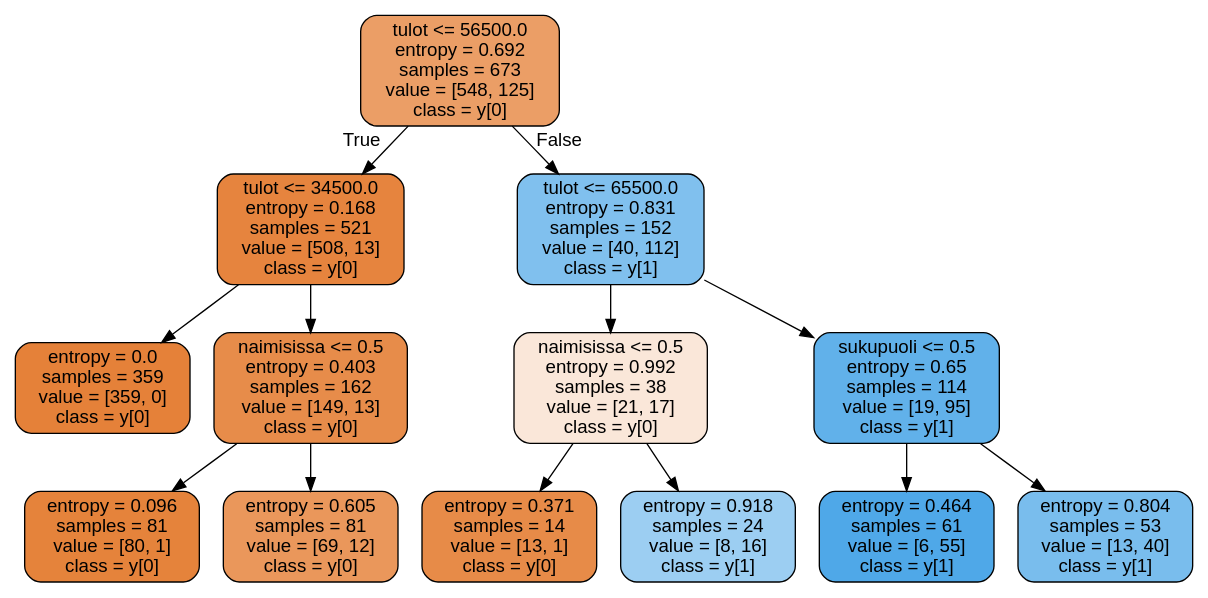
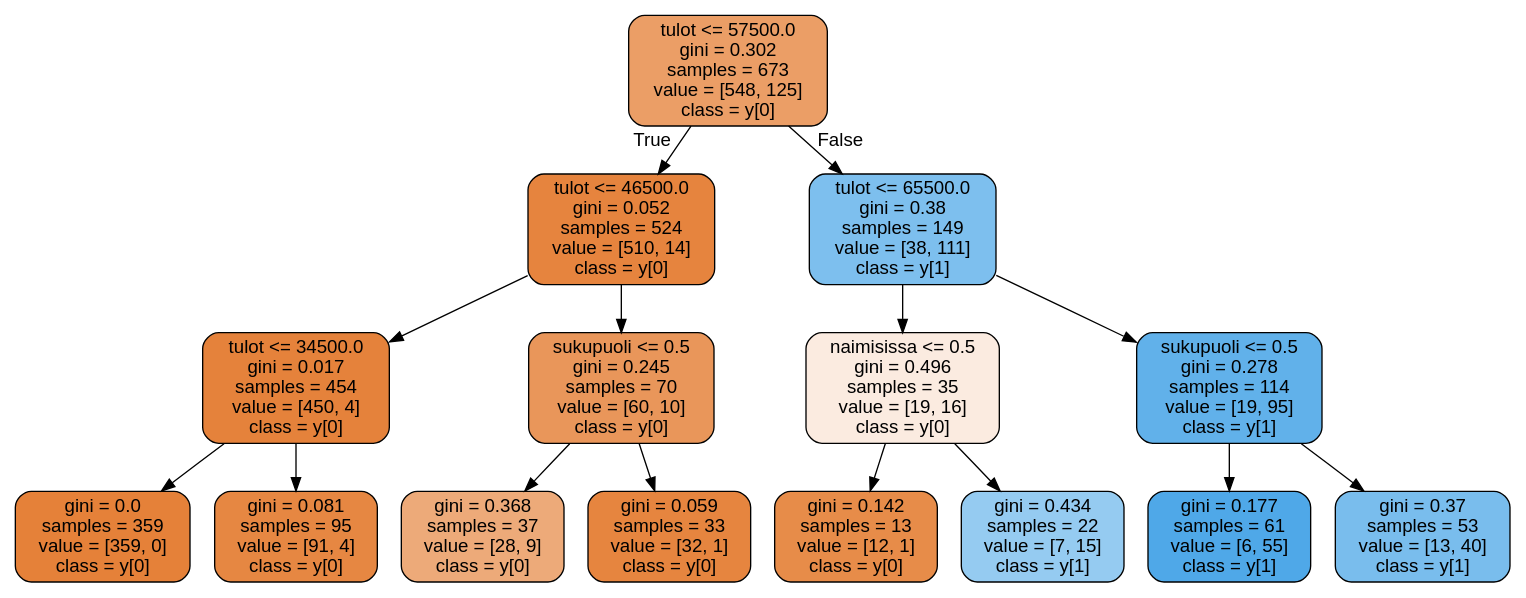
Before and after one commit to TapaniAlastalo/data_analytics: the diagram in tree_ostaako.dot, drawn with Graphviz. The commit also changed 4 other files, not shown here.

```diff
--- a/tree_ostaako.dot
+++ b/tree_ostaako.dot
@@ -1,29 +1,33 @@
 digraph Tree {
 node [shape=box, style="filled, rounded", color="black", fontname=helvetica] ;
 edge [fontname=helvetica] ;
-0 [label="tulot <= 56500.0\nentropy = 0.692\nsamples = 673\nvalue = [548, 125]\nclass = y[0]", fillcolor="#eb9e66"] ;
-1 [label="tulot <= 34500.0\nentropy = 0.168\nsamples = 521\nvalue = [508, 13]\nclass = y[0]", fillcolor="#e6843e"] ;
+0 [label="tulot <= 57500.0\ngini = 0.302\nsamples = 673\nvalue = [548, 125]\nclass = y[0]", fillcolor="#eb9e66"] ;
+1 [label="tulot <= 46500.0\ngini = 0.052\nsamples = 524\nvalue = [510, 14]\nclass = y[0]", fillcolor="#e6843e"] ;
 0 -> 1 [labeldistance=2.5, labelangle=45, headlabel="True"] ;
-2 [label="entropy = 0.0\nsamples = 359\nvalue = [359, 0]\nclass = y[0]", fillcolor="#e58139"] ;
+2 [label="tulot <= 34500.0\ngini = 0.017\nsamples = 454\nvalue = [450, 4]\nclass = y[0]", fillcolor="#e5823b"] ;
 1 -> 2 ;
-3 [label="naimisissa <= 0.5\nentropy = 0.403\nsamples = 162\nvalue = [149, 13]\nclass = y[0]", fillcolor="#e78c4a"] ;
-1 -> 3 ;
-4 [label="entropy = 0.096\nsamples = 81\nvalue = [80, 1]\nclass = y[0]", fillcolor="#e5833b"] ;
-3 -> 4 ;
-5 [label="entropy = 0.605\nsamples = 81\nvalue = [69, 12]\nclass = y[0]", fillcolor="#ea975b"] ;
-3 -> 5 ;
-6 [label="tulot <= 65500.0\nentropy = 0.831\nsamples = 152\nvalue = [40, 112]\nclass = y[1]", fillcolor="#80c0ee"] ;
-0 -> 6 [labeldistance=2.5, labelangle=-45, headlabel="False"] ;
-7 [label="naimisissa <= 0.5\nentropy = 0.992\nsamples = 38\nvalue = [21, 17]\nclass = y[0]", fillcolor="#fae7d9"] ;
-6 -> 7 ;
-8 [label="entropy = 0.371\nsamples = 14\nvalue = [13, 1]\nclass = y[0]", fillcolor="#e78b48"] ;
-7 -> 8 ;
-9 [label="entropy = 0.918\nsamples = 24\nvalue = [8, 16]\nclass = y[1]", fillcolor="#9ccef2"] ;
-7 -> 9 ;
-10 [label="sukupuoli <= 0.5\nentropy = 0.65\nsamples = 114\nvalue = [19, 95]\nclass = y[1]", fillcolor="#61b1ea"] ;
-6 -> 10 ;
-11 [label="entropy = 0.464\nsamples = 61\nvalue = [6, 55]\nclass = y[1]", fillcolor="#4fa8e8"] ;
-10 -> 11 ;
-12 [label="entropy = 0.804\nsamples = 53\nvalue = [13, 40]\nclass = y[1]", fillcolor="#79bded"] ;
-10 -> 12 ;
+3 [label="gini = 0.0\nsamples = 359\nvalue = [359, 0]\nclass = y[0]", fillcolor="#e58139"] ;
+2 -> 3 ;
+4 [label="gini = 0.081\nsamples = 95\nvalue = [91, 4]\nclass = y[0]", fillcolor="#e68742"] ;
+2 -> 4 ;
+5 [label="sukupuoli <= 0.5\ngini = 0.245\nsamples = 70\nvalue = [60, 10]\nclass = y[0]", fillcolor="#e9965a"] ;
+1 -> 5 ;
+6 [label="gini = 0.368\nsamples = 37\nvalue = [28, 9]\nclass = y[0]", fillcolor="#edaa79"] ;
+5 -> 6 ;
+7 [label="gini = 0.059\nsamples = 33\nvalue = [32, 1]\nclass = y[0]", fillcolor="#e6853f"] ;
+5 -> 7 ;
+8 [label="tulot <= 65500.0\ngini = 0.38\nsamples = 149\nvalue = [38, 111]\nclass = y[1]", fillcolor="#7dbfee"] ;
+0 -> 8 [labeldistance=2.5, labelangle=-45, headlabel="False"] ;
+9 [label="naimisissa <= 0.5\ngini = 0.496\nsamples = 35\nvalue = [19, 16]\nclass = y[0]", fillcolor="#fbebe0"] ;
+8 -> 9 ;
+10 [label="gini = 0.142\nsamples = 13\nvalue = [12, 1]\nclass = y[0]", fillcolor="#e78c49"] ;
+9 -> 10 ;
+11 [label="gini = 0.434\nsamples = 22\nvalue = [7, 15]\nclass = y[1]", fillcolor="#95cbf1"] ;
+9 -> 11 ;
+12 [label="sukupuoli <= 0.5\ngini = 0.278\nsamples = 114\nvalue = [19, 95]\nclass = y[1]", fillcolor="#61b1ea"] ;
+8 -> 12 ;
+13 [label="gini = 0.177\nsamples = 61\nvalue = [6, 55]\nclass = y[1]", fillcolor="#4fa8e8"] ;
+12 -> 13 ;
+14 [label="gini = 0.37\nsamples = 53\nvalue = [13, 40]\nclass = y[1]", fillcolor="#79bded"] ;
+12 -> 14 ;
 }
```
